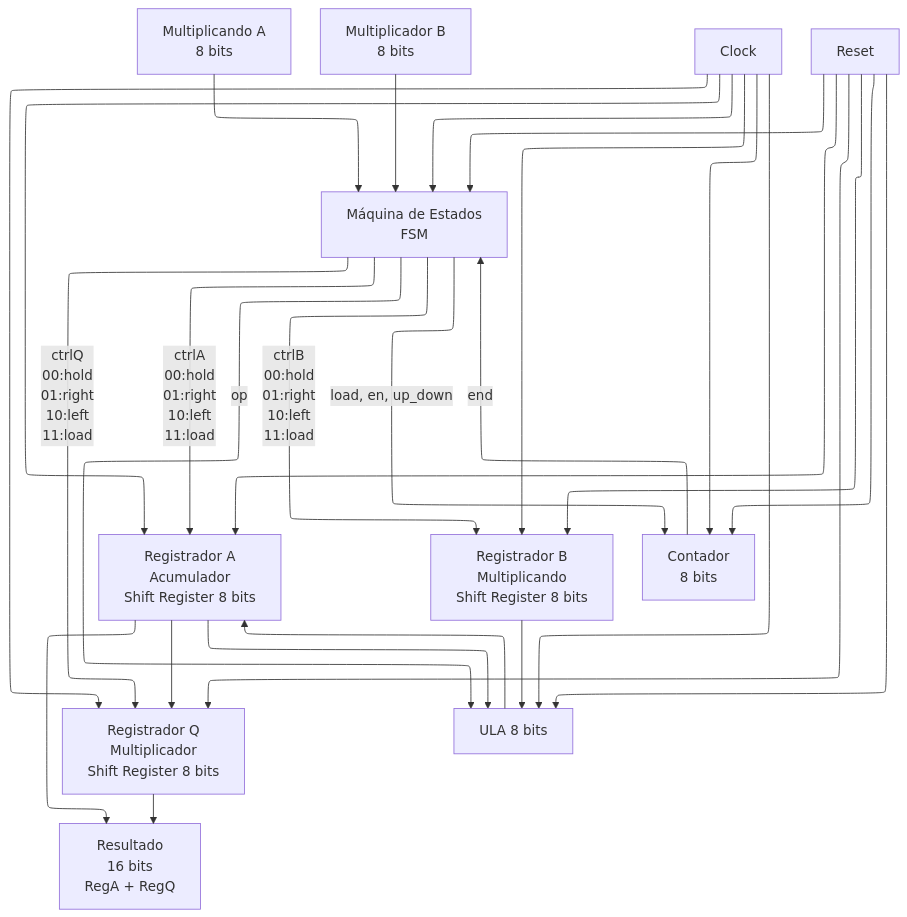
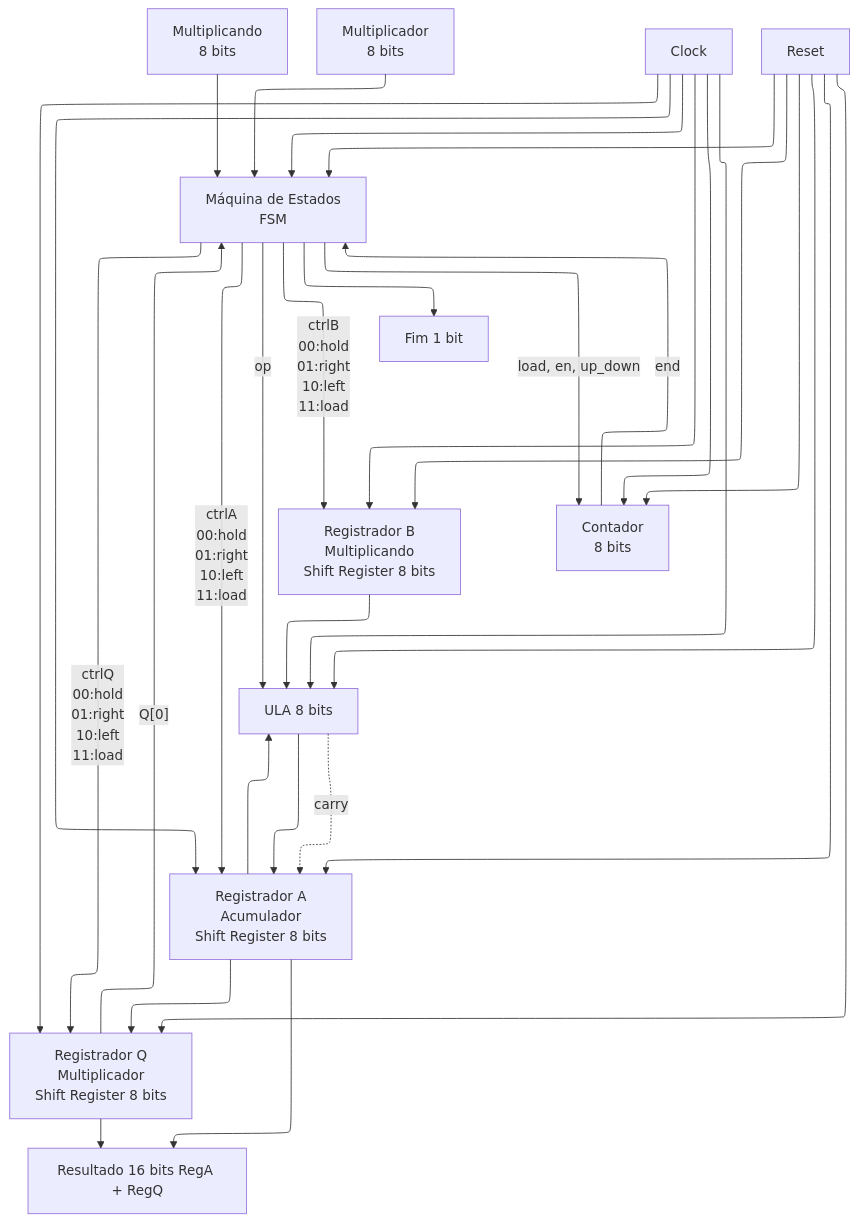
One commit to Guilherme-07062002/shift-add-multiplier-system-verilog changed the diagram in doc/diagrama-de-blocos.mmd. Above: the diagram before and after it, drawn with Mermaid.

Commit message:
refactor: ajusta nomenclatura no diagrama de blocos para maior clareza

```diff
--- a/doc/diagrama-de-blocos.mmd
+++ b/doc/diagrama-de-blocos.mmd
@@ -1,21 +1,24 @@
 ---
 config:
   layout: elk
   look: classic
   theme: mc
 ---
 flowchart TD
-    A["Multiplicando A<br>8 bits"] --> FSM["Máquina de Estados<br>FSM"]
-    B["Multiplicador B<br>8 bits"] --> FSM
+    A["Multiplicando<br>8 bits"] --> FSM["Máquina de Estados<br>FSM"]
+    B["Multiplicador<br>8 bits"] --> FSM
     CLK["Clock"] --> FSM & RegA["Registrador A<br>Acumulador<br>Shift Register 8 bits"] & RegB["Registrador B<br>Multiplicando<br>Shift Register 8 bits"] & RegQ["Registrador Q<br>Multiplicador<br>Shift Register 8 bits"] & Counter["Contador<br>8 bits"] & ULA["ULA 8 bits"]
     RST["Reset"] --> FSM & RegA & RegB & RegQ & Counter & ULA
     FSM -->|ctrlA<br>00:hold<br>01:right<br>10:left<br>11:load| RegA
     FSM -->|ctrlB<br>00:hold<br>01:right<br>10:left<br>11:load| RegB
     FSM -->|ctrlQ<br>00:hold<br>01:right<br>10:left<br>11:load| RegQ
     FSM -->|load, en, up_down| Counter
     FSM -->|op| ULA
-    RegA --> ULA & RegQ & Resultado["Resultado<br>16 bits<br>RegA + RegQ"]
+    FSM --> Fim["Fim 1 bit"]
+    RegA --> ULA & RegQ & Resultado["Resultado 16 bits RegA + RegQ"]
     RegB --> ULA
     ULA --> RegA
+    ULA -.->|carry| RegA
     Counter -->|end| FSM
+    RegQ -->|"Q[0]"| FSM
     RegQ --> Resultado
```
